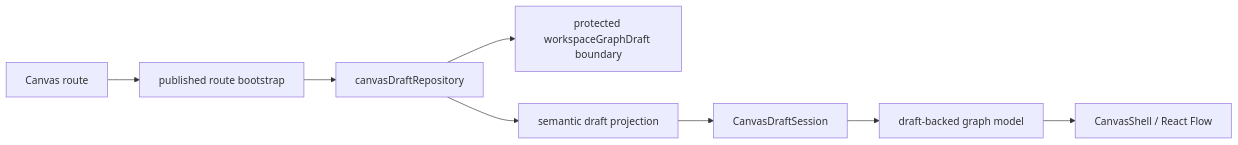
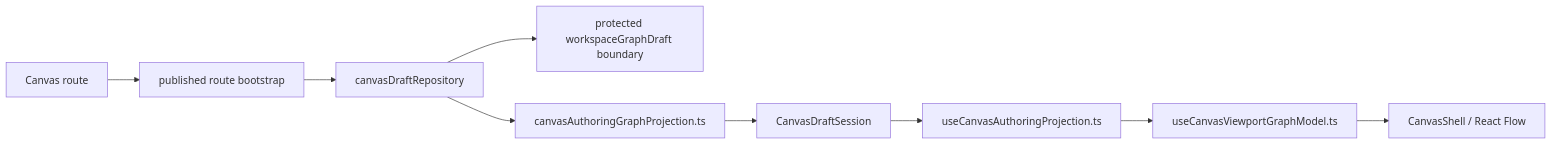
The second of 4 diagrams in docs/planning/reviews/architecture-and-governance/20260422-canvas-runtime-truth-hardcut-review.md (dunay2/dvt), drawn with Mermaid before and after one commit. The commit also changed other lines of this file and 119 other files, not shown here.

Commit message:
refactor(web): Hard-cut canvas runtime truth and authoring seams

````diff
--- a/docs/planning/reviews/architecture-and-governance/20260422-canvas-runtime-truth-hardcut-review.md
+++ b/docs/planning/reviews/architecture-and-governance/20260422-canvas-runtime-truth-hardcut-review.md
@@ -229,10 +231,11 @@
 ```mermaid
 flowchart LR
   Route["Canvas route"] --> Bootstrap["published route bootstrap"]
   Bootstrap --> DraftRepository["canvasDraftRepository"]
   DraftRepository --> DraftPort["protected workspaceGraphDraft boundary"]
-  DraftRepository --> SemanticProjection["semantic draft projection"]
+  DraftRepository --> SemanticProjection["canvasAuthoringGraphProjection.ts"]
   SemanticProjection --> Session["CanvasDraftSession"]
-  Session --> GraphModel["draft-backed graph model"]
-  GraphModel --> View["CanvasShell / React Flow"]
+  Session --> ProjectionHook["useCanvasAuthoringProjection.ts"]
+  ProjectionHook --> ViewportModel["useCanvasViewportGraphModel.ts"]
+  ViewportModel --> View["CanvasShell / React Flow"]
 ```
````
